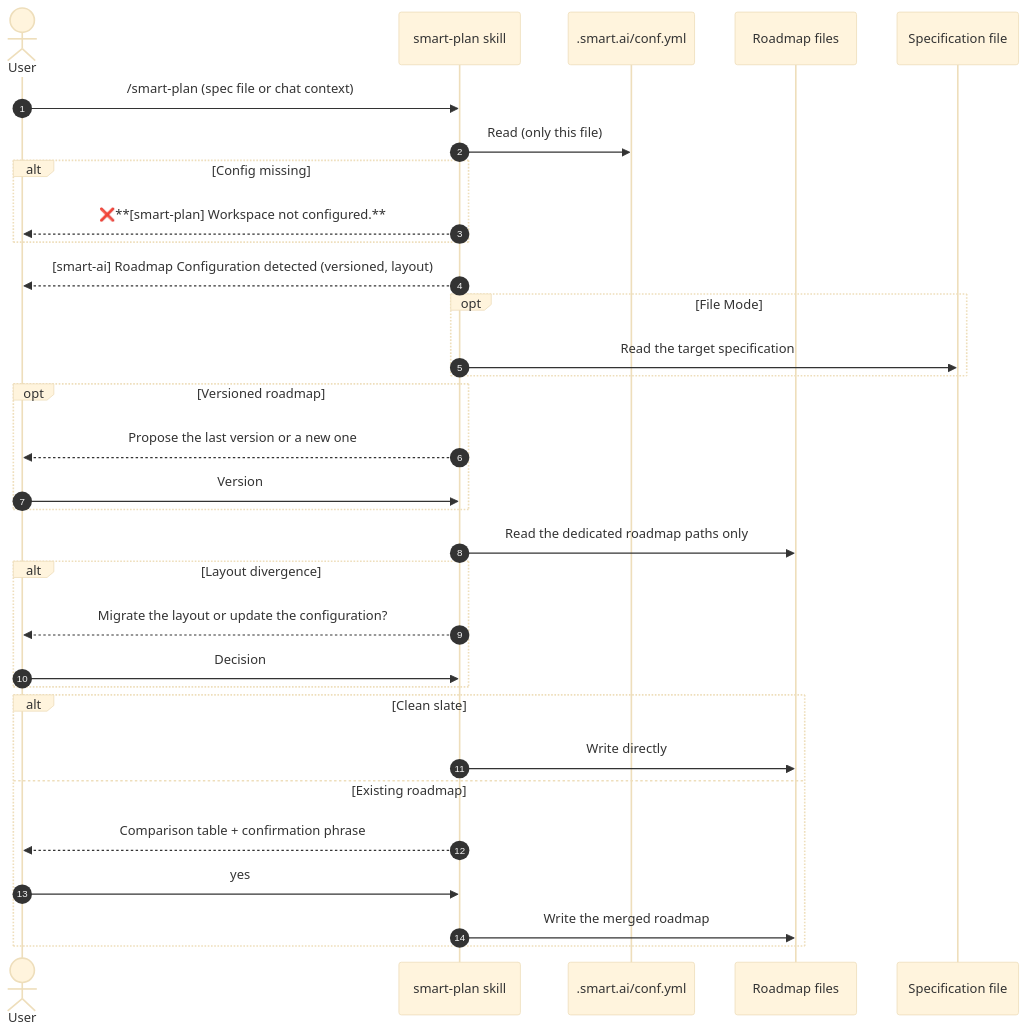
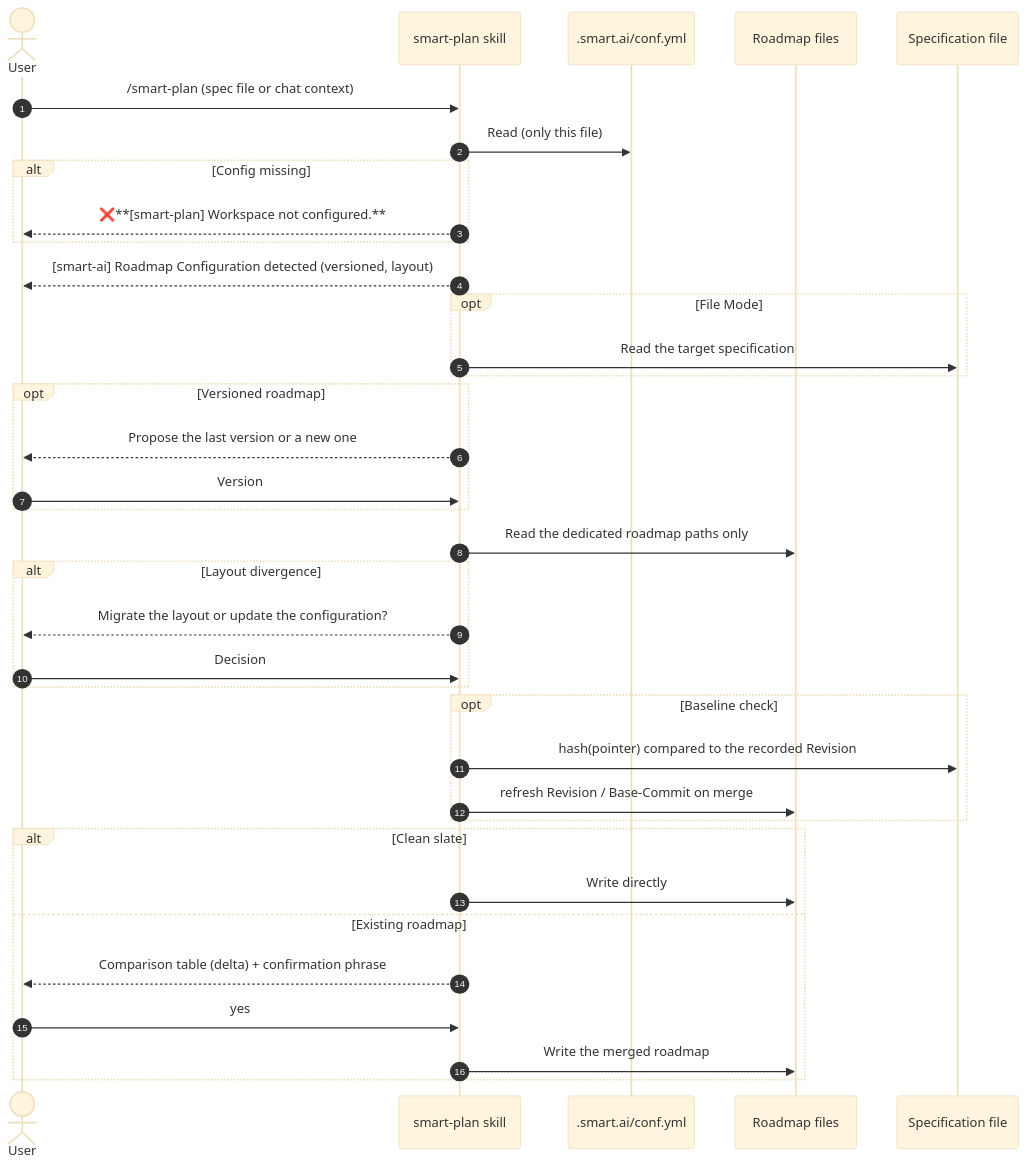
The third of 3 diagrams in docs/specs/smart-plan.md (fletort/smart-ai-factory), drawn with Mermaid (base theme) before and after one commit. The commit also changed other lines of this file and 2 other files, not shown here.

Commit message:
doc: add revision in roadmap

````diff
--- a/docs/specs/smart-plan.md
+++ b/docs/specs/smart-plan.md
@@ -162,35 +238,39 @@
   ```mermaid
   sequenceDiagram
       autonumber
       actor User
       participant Skill as smart-plan skill
       participant Cfg as .smart.ai/conf.yml
       participant FS as Roadmap files
       participant Spec as Specification file
 
       User->>Skill: /smart-plan (spec file or chat context)
       Skill->>Cfg: Read (only this file)
       alt Config missing
           Skill-->>User: ❌**[smart-plan] Workspace not configured.**
       end
       Skill-->>User: [smart-ai] Roadmap Configuration detected (versioned, layout)
       opt File Mode
           Skill->>Spec: Read the target specification
       end
       opt Versioned roadmap
           Skill-->>User: Propose the last version or a new one
           User->>Skill: Version
       end
       Skill->>FS: Read the dedicated roadmap paths only
       alt Layout divergence
           Skill-->>User: Migrate the layout or update the configuration?
           User->>Skill: Decision
       end
+      opt Baseline check
+          Skill->>Spec: hash(pointer) compared to the recorded Revision
+          Skill->>FS: refresh Revision / Base-Commit on merge
+      end
       alt Clean slate
           Skill->>FS: Write directly
       else Existing roadmap
-          Skill-->>User: Comparison table + confirmation phrase
+          Skill-->>User: Comparison table (delta) + confirmation phrase
           User->>Skill: yes
           Skill->>FS: Write the merged roadmap
       end
   ```
````
